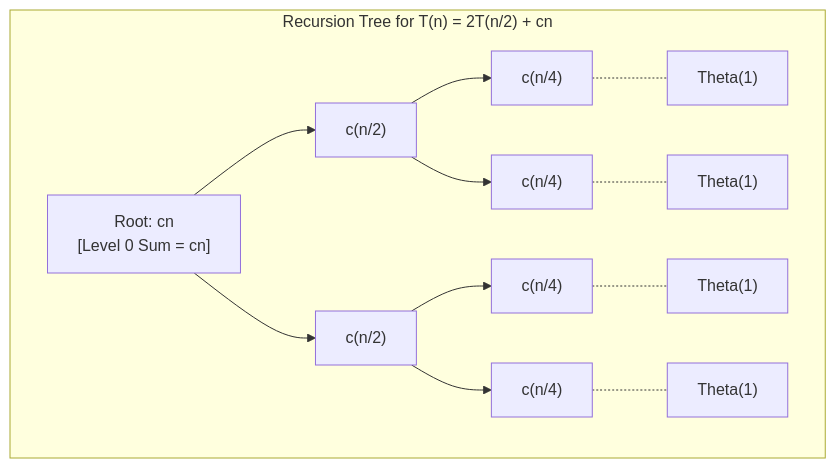
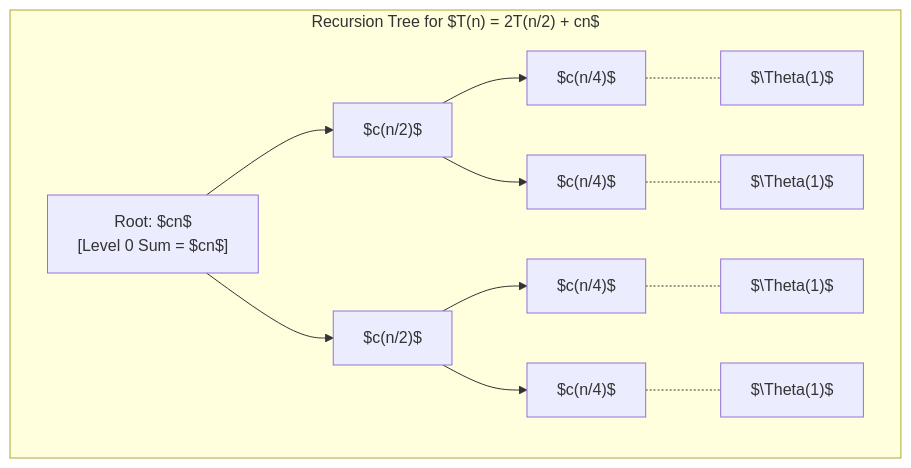
The first of 2 diagrams in content/Main Notes/1st Year/Term 3/CCDSALG/L1- Analysis of Algorithms/Recursion Tree Method.md (2ru17/Project-Engram), drawn with Mermaid before and after one commit. The commit also changed other lines of this file and 72 other files, not shown here.

First line of the commit message:
feat(v2): phase 5 interactive simulators suite, mermaid latex rendering, and governance

````diff
--- a/content/Main Notes/1st Year/Term 3/CCDSALG/L1- Analysis of Algorithms/Recursion Tree Method.md
+++ b/content/Main Notes/1st Year/Term 3/CCDSALG/L1- Analysis of Algorithms/Recursion Tree Method.md
@@ -38,15 +38,15 @@
 ```mermaid
 graph TD
-    subgraph RecTree["Recursion Tree for T(n) = 2T(n/2) + cn"]
-        L0["Root: cn <br/>[Level 0 Sum = cn]"] --> L1_1["c(n/2)"]
-        L0 --> L1_2["c(n/2)"]
-        L1_1 --> L2_1["c(n/4)"]
-        L1_1 --> L2_2["c(n/4)"]
-        L1_2 --> L2_3["c(n/4)"]
-        L1_2 --> L2_4["c(n/4)"]
-        L2_1 -.- Leaf1["Theta(1)"]
-        L2_2 -.- Leaf2["Theta(1)"]
-        L2_3 -.- Leaf3["Theta(1)"]
-        L2_4 -.- Leaf4["Theta(1)"]
+    subgraph RecTree["Recursion Tree for $T(n) = 2T(n/2) + cn$"]
+        L0["Root: $cn$<br/>[Level 0 Sum = $cn$]"] --> L1_1["$c(n/2)$"]
+        L0 --> L1_2["$c(n/2)$"]
+        L1_1 --> L2_1["$c(n/4)$"]
+        L1_1 --> L2_2["$c(n/4)$"]
+        L1_2 --> L2_3["$c(n/4)$"]
+        L1_2 --> L2_4["$c(n/4)$"]
+        L2_1 -.- Leaf1["$\Theta(1)$"]
+        L2_2 -.- Leaf2["$\Theta(1)$"]
+        L2_3 -.- Leaf3["$\Theta(1)$"]
+        L2_4 -.- Leaf4["$\Theta(1)$"]
     end
 ```
````
